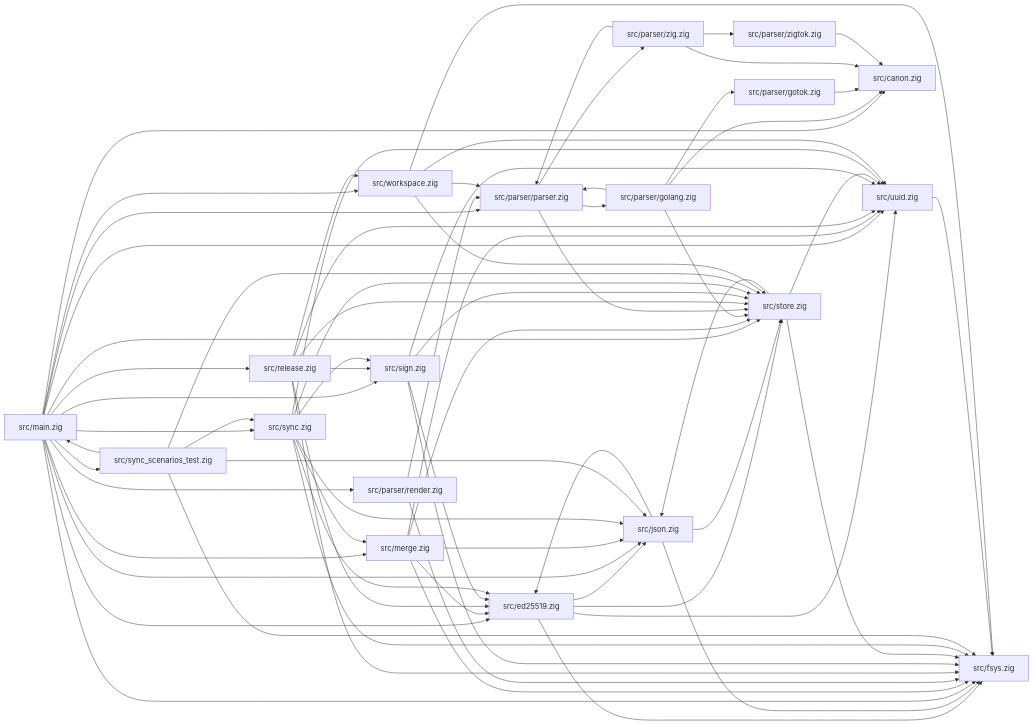
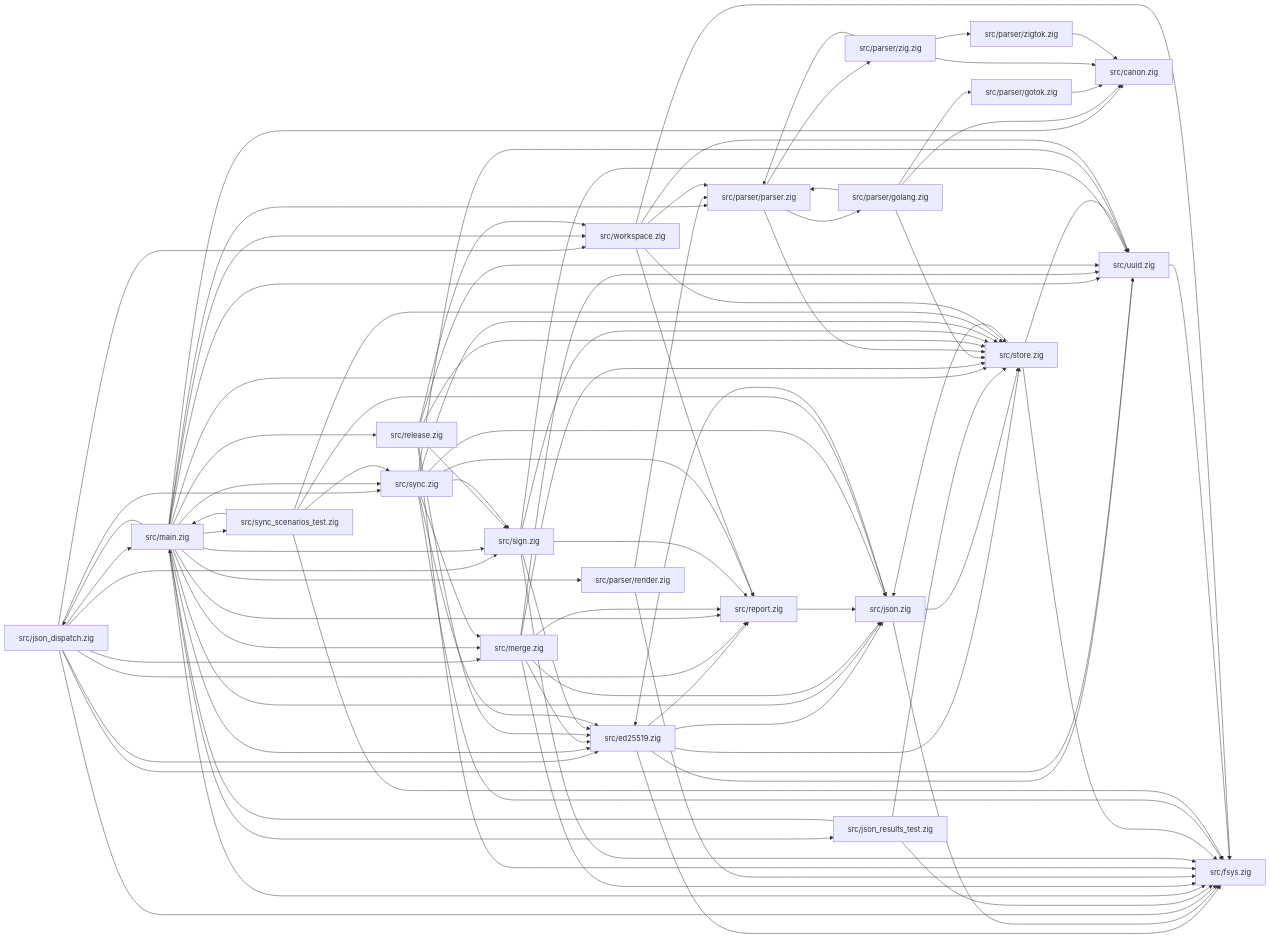
One commit to drawmeanelephant/flint-client changed the diagram in docs/module-map.md. Above: the diagram before and after it, drawn with Mermaid. The commit also changed 21 other files, not shown here.

````diff
--- a/docs/module-map.md
+++ b/docs/module-map.md
@@ -8,19 +8,35 @@
 flowchart LR
   src_ed25519_zig["src/ed25519.zig"] --> src_fsys_zig["src/fsys.zig"]
   src_ed25519_zig["src/ed25519.zig"] --> src_json_zig["src/json.zig"]
+  src_ed25519_zig["src/ed25519.zig"] --> src_report_zig["src/report.zig"]
   src_ed25519_zig["src/ed25519.zig"] --> src_store_zig["src/store.zig"]
   src_ed25519_zig["src/ed25519.zig"] --> src_uuid_zig["src/uuid.zig"]
   src_json_zig["src/json.zig"] --> src_ed25519_zig["src/ed25519.zig"]
   src_json_zig["src/json.zig"] --> src_fsys_zig["src/fsys.zig"]
   src_json_zig["src/json.zig"] --> src_store_zig["src/store.zig"]
+  src_json_dispatch_zig["src/json_dispatch.zig"] --> src_ed25519_zig["src/ed25519.zig"]
+  src_json_dispatch_zig["src/json_dispatch.zig"] --> src_fsys_zig["src/fsys.zig"]
+  src_json_dispatch_zig["src/json_dispatch.zig"] --> src_main_zig["src/main.zig"]
+  src_json_dispatch_zig["src/json_dispatch.zig"] --> src_merge_zig["src/merge.zig"]
+  src_json_dispatch_zig["src/json_dispatch.zig"] --> src_report_zig["src/report.zig"]
+  src_json_dispatch_zig["src/json_dispatch.zig"] --> src_sign_zig["src/sign.zig"]
+  src_json_dispatch_zig["src/json_dispatch.zig"] --> src_sync_zig["src/sync.zig"]
+  src_json_dispatch_zig["src/json_dispatch.zig"] --> src_uuid_zig["src/uuid.zig"]
+  src_json_dispatch_zig["src/json_dispatch.zig"] --> src_workspace_zig["src/workspace.zig"]
+  src_json_results_test_zig["src/json_results_test.zig"] --> src_fsys_zig["src/fsys.zig"]
+  src_json_results_test_zig["src/json_results_test.zig"] --> src_main_zig["src/main.zig"]
+  src_json_results_test_zig["src/json_results_test.zig"] --> src_store_zig["src/store.zig"]
   src_main_zig["src/main.zig"] --> src_canon_zig["src/canon.zig"]
   src_main_zig["src/main.zig"] --> src_ed25519_zig["src/ed25519.zig"]
   src_main_zig["src/main.zig"] --> src_fsys_zig["src/fsys.zig"]
   src_main_zig["src/main.zig"] --> src_json_zig["src/json.zig"]
+  src_main_zig["src/main.zig"] --> src_json_dispatch_zig["src/json_dispatch.zig"]
+  src_main_zig["src/main.zig"] --> src_json_results_test_zig["src/json_results_test.zig"]
   src_main_zig["src/main.zig"] --> src_merge_zig["src/merge.zig"]
   src_main_zig["src/main.zig"] --> src_parser_parser_zig["src/parser/parser.zig"]
   src_main_zig["src/main.zig"] --> src_parser_render_zig["src/parser/render.zig"]
   src_main_zig["src/main.zig"] --> src_release_zig["src/release.zig"]
+  src_main_zig["src/main.zig"] --> src_report_zig["src/report.zig"]
   src_main_zig["src/main.zig"] --> src_sign_zig["src/sign.zig"]
   src_main_zig["src/main.zig"] --> src_store_zig["src/store.zig"]
   src_main_zig["src/main.zig"] --> src_sync_zig["src/sync.zig"]
@@ -30,6 +46,7 @@
   src_merge_zig["src/merge.zig"] --> src_ed25519_zig["src/ed25519.zig"]
   src_merge_zig["src/merge.zig"] --> src_fsys_zig["src/fsys.zig"]
   src_merge_zig["src/merge.zig"] --> src_json_zig["src/json.zig"]
+  src_merge_zig["src/merge.zig"] --> src_report_zig["src/report.zig"]
   src_merge_zig["src/merge.zig"] --> src_store_zig["src/store.zig"]
   src_merge_zig["src/merge.zig"] --> src_uuid_zig["src/uuid.zig"]
   src_parser_golang_zig["src/parser/golang.zig"] --> src_canon_zig["src/canon.zig"]
@@ -52,8 +69,10 @@
   src_release_zig["src/release.zig"] --> src_store_zig["src/store.zig"]
   src_release_zig["src/release.zig"] --> src_uuid_zig["src/uuid.zig"]
   src_release_zig["src/release.zig"] --> src_workspace_zig["src/workspace.zig"]
+  src_report_zig["src/report.zig"] --> src_json_zig["src/json.zig"]
   src_sign_zig["src/sign.zig"] --> src_ed25519_zig["src/ed25519.zig"]
   src_sign_zig["src/sign.zig"] --> src_fsys_zig["src/fsys.zig"]
+  src_sign_zig["src/sign.zig"] --> src_report_zig["src/report.zig"]
   src_sign_zig["src/sign.zig"] --> src_store_zig["src/store.zig"]
   src_sign_zig["src/sign.zig"] --> src_uuid_zig["src/uuid.zig"]
   src_store_zig["src/store.zig"] --> src_fsys_zig["src/fsys.zig"]
@@ -63,6 +82,7 @@
   src_sync_zig["src/sync.zig"] --> src_fsys_zig["src/fsys.zig"]
   src_sync_zig["src/sync.zig"] --> src_json_zig["src/json.zig"]
   src_sync_zig["src/sync.zig"] --> src_merge_zig["src/merge.zig"]
+  src_sync_zig["src/sync.zig"] --> src_report_zig["src/report.zig"]
   src_sync_zig["src/sync.zig"] --> src_sign_zig["src/sign.zig"]
   src_sync_zig["src/sync.zig"] --> src_store_zig["src/store.zig"]
   src_sync_zig["src/sync.zig"] --> src_uuid_zig["src/uuid.zig"]
@@ -74,6 +94,7 @@
   src_uuid_zig["src/uuid.zig"] --> src_fsys_zig["src/fsys.zig"]
   src_workspace_zig["src/workspace.zig"] --> src_fsys_zig["src/fsys.zig"]
   src_workspace_zig["src/workspace.zig"] --> src_parser_parser_zig["src/parser/parser.zig"]
+  src_workspace_zig["src/workspace.zig"] --> src_report_zig["src/report.zig"]
   src_workspace_zig["src/workspace.zig"] --> src_store_zig["src/store.zig"]
   src_workspace_zig["src/workspace.zig"] --> src_uuid_zig["src/uuid.zig"]
 ```
````
